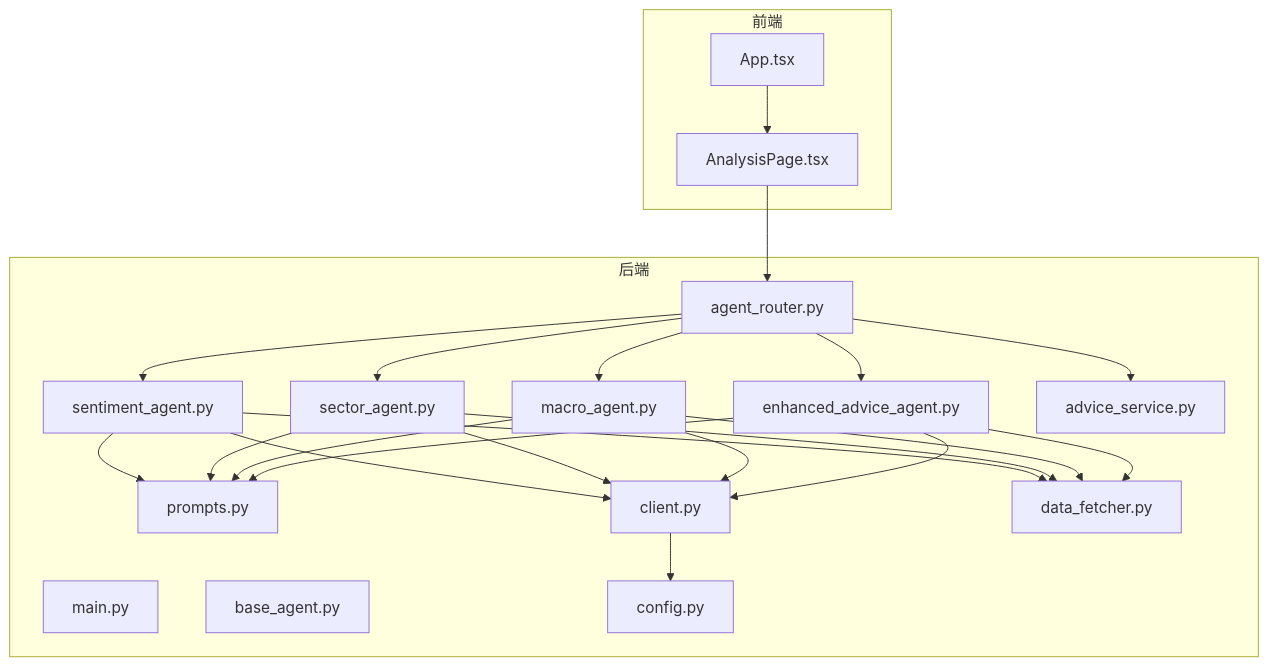
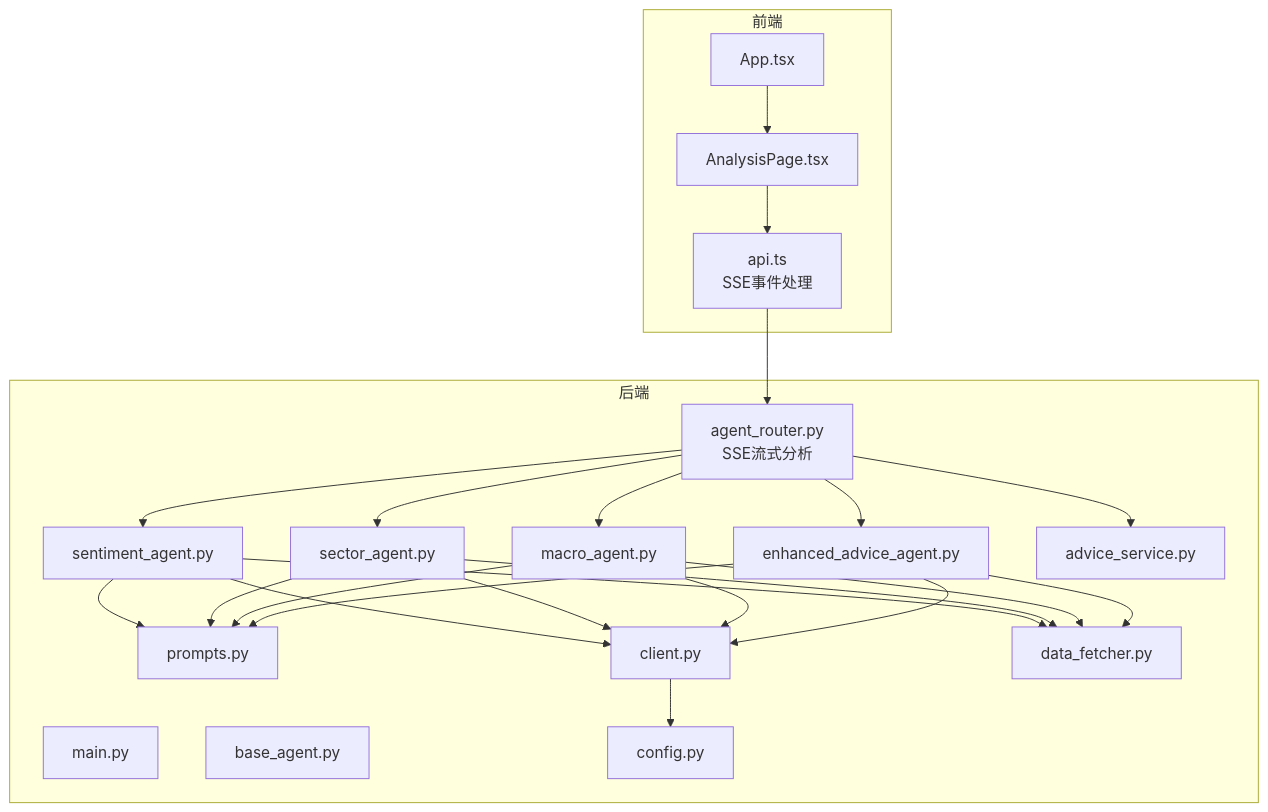
Before and after one commit to Moruime/stock_foker: the first of 9 diagrams in .qoder/repowiki/zh/content/架构设计/后端架构设计/AI提示词优化.md, drawn with Mermaid. The commit also changed other lines of this file and 16 other files, not shown here.

````diff
--- a/.qoder/repowiki/zh/content/架构设计/后端架构设计/AI提示词优化.md
+++ b/.qoder/repowiki/zh/content/架构设计/后端架构设计/AI提示词优化.md
@@ -51,41 +63,43 @@
 ```mermaid
 graph TB
 subgraph "前端"
 FE_App["App.tsx"]
 FE_Page["AnalysisPage.tsx"]
+FE_API["api.ts<br/>SSE事件处理"]
 end
 subgraph "后端"
 BE_Main["main.py"]
-BE_Router["agent_router.py"]
+BE_Router["agent_router.py<br/>SSE流式分析"]
 BE_AgentBase["base_agent.py"]
 BE_Sentiment["sentiment_agent.py"]
 BE_Sector["sector_agent.py"]
 BE_Macro["macro_agent.py"]
 BE_Advance["enhanced_advice_agent.py"]
 BE_LLM["prompts.py"]
 BE_Client["client.py"]
 BE_Config["config.py"]
 BE_Data["data_fetcher.py"]
 BE_Tech["advice_service.py"]
 end
 FE_App --> FE_Page
-FE_Page --> BE_Router
+FE_Page --> FE_API
+FE_API --> BE_Router
 BE_Router --> BE_Sentiment
 BE_Router --> BE_Sector
 BE_Router --> BE_Macro
 BE_Router --> BE_Advance
 BE_Sentiment --> BE_LLM
 BE_Sector --> BE_LLM
 BE_Macro --> BE_LLM
 BE_Advance --> BE_LLM
 BE_Sentiment --> BE_Data
 BE_Sector --> BE_Data
 BE_Macro --> BE_Data
 BE_Advance --> BE_Data
 BE_Sentiment --> BE_Client
 BE_Sector --> BE_Client
 BE_Macro --> BE_Client
 BE_Advance --> BE_Client
 BE_Client --> BE_Config
 BE_Router --> BE_Tech
 ```
````
